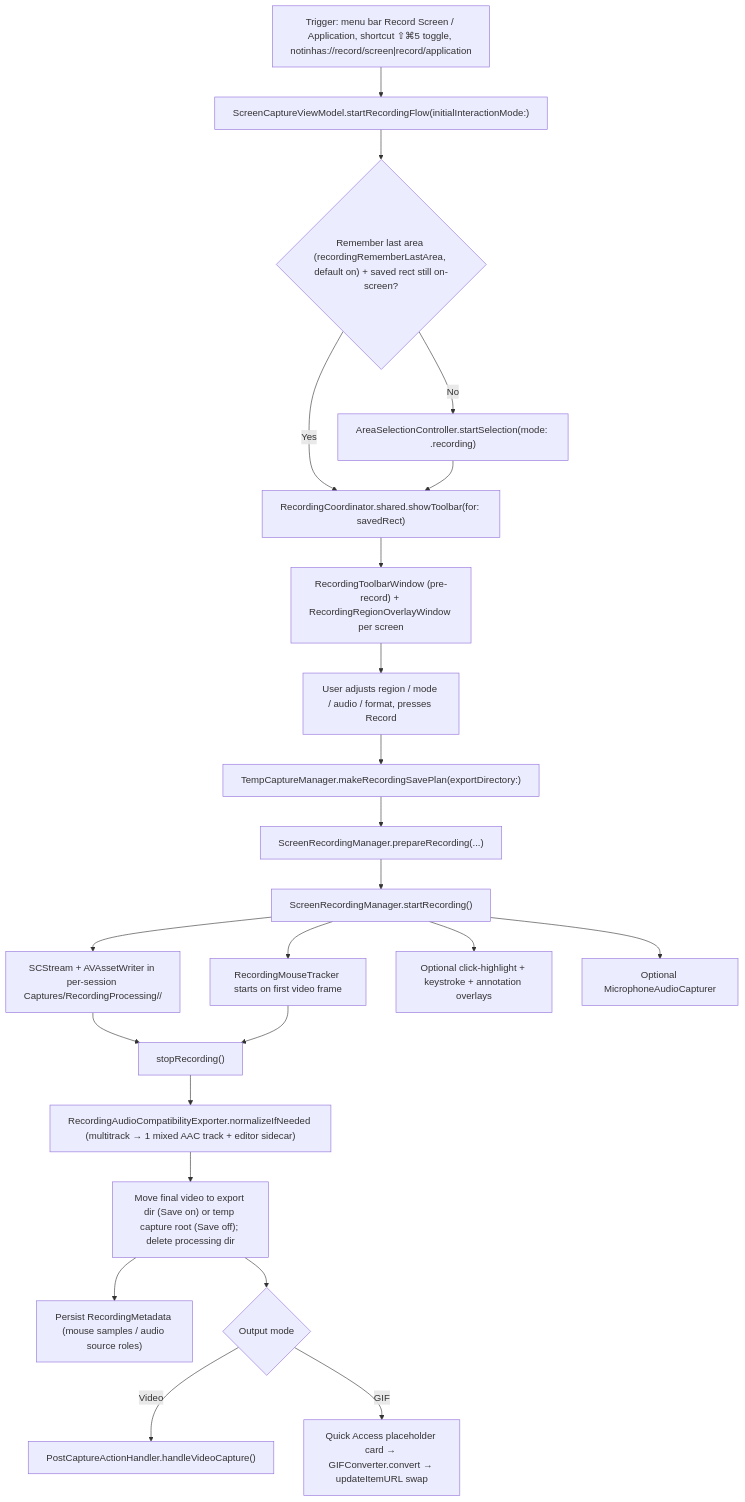
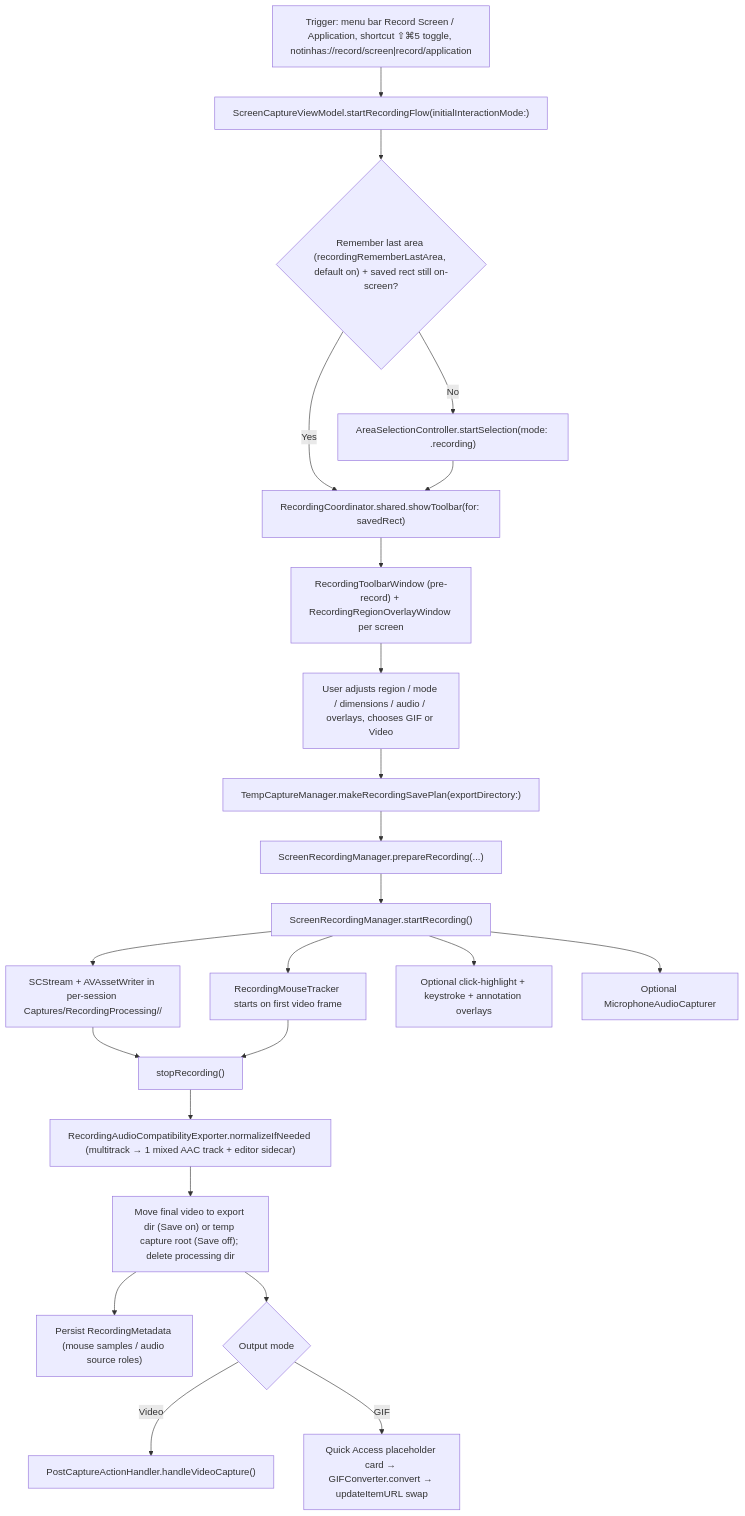
Before and after one commit to mourato/Cue: the diagram in docs/RECORDING.md, drawn with Mermaid. The commit also changed other lines of this file and 7 other files, not shown here.

````diff
--- a/docs/RECORDING.md
+++ b/docs/RECORDING.md
@@ -7,28 +7,28 @@
 ```mermaid
 flowchart TD
     A["Trigger: menu bar Record Screen / Application, shortcut ⇧⌘5 toggle, notinhas://record/screen|record/application"] --> B["ScreenCaptureViewModel.startRecordingFlow(initialInteractionMode:)"]
     B --> C{"Remember last area (recordingRememberLastArea, default on) + saved rect still on-screen?"}
     C -->|Yes| D["RecordingCoordinator.shared.showToolbar(for: savedRect)"]
     C -->|No| E["AreaSelectionController.startSelection(mode: .recording)"]
     E --> D
 
     D --> F["RecordingToolbarWindow (pre-record) + RecordingRegionOverlayWindow per screen"]
-    F --> G["User adjusts region / mode / audio / format, presses Record"]
+    F --> G["User adjusts region / mode / dimensions / audio / overlays, chooses GIF or Video"]
     G --> H["TempCaptureManager.makeRecordingSavePlan(exportDirectory:)"]
     H --> I["ScreenRecordingManager.prepareRecording(...)"]
     I --> J["ScreenRecordingManager.startRecording()"]
 
     J --> K["SCStream + AVAssetWriter in per-session Captures/RecordingProcessing/<UUID>/"]
     J --> L["RecordingMouseTracker starts on first video frame"]
     J --> M["Optional click-highlight + keystroke + annotation overlays"]
     J --> N["Optional MicrophoneAudioCapturer"]
 
     K --> O["stopRecording()"]
     L --> O
     O --> P["RecordingAudioCompatibilityExporter.normalizeIfNeeded (multitrack → 1 mixed AAC track + editor sidecar)"]
     P --> Q["Move final video to export dir (Save on) or temp capture root (Save off); delete processing dir"]
     Q --> R["Persist RecordingMetadata (mouse samples / audio source roles)"]
     Q --> S{"Output mode"}
     S -->|Video| T["PostCaptureActionHandler.handleVideoCapture()"]
     S -->|GIF| U["Quick Access placeholder card → GIFConverter.convert → updateItemURL swap"]
 ```
````
